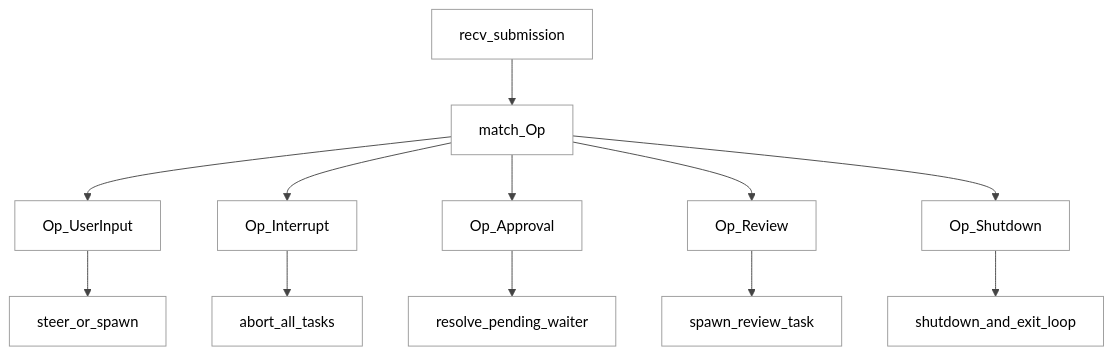
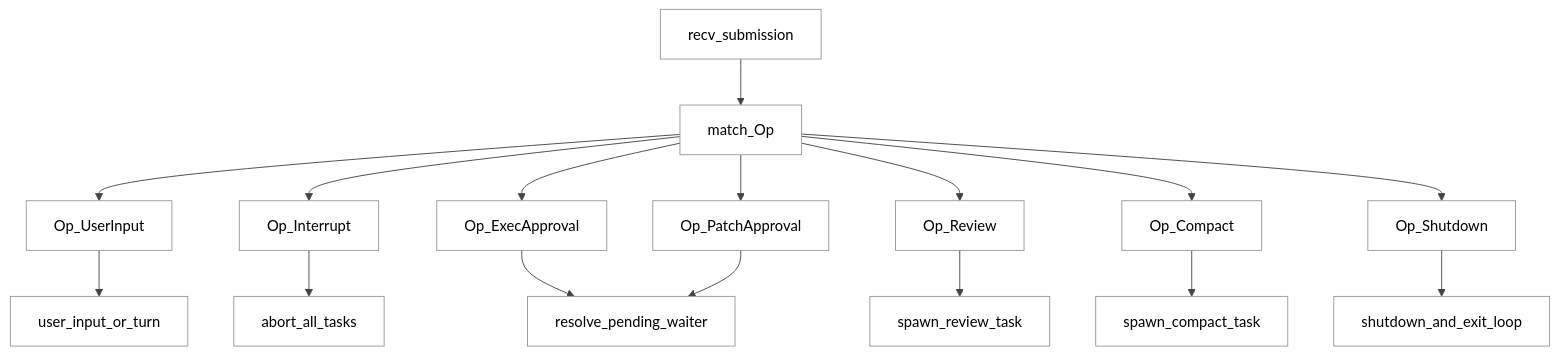
Before and after one commit to GLBB/codex-source-analysis: the second of 6 diagrams in Part I Principles and Usage/06-Agent核心循环.md, drawn with Mermaid. The commit also changed other lines of this file and 3 other files, not shown here.

````diff
--- a/Part I Principles and Usage/06-Agent核心循环.md
+++ b/Part I Principles and Usage/06-Agent核心循环.md
@@ -251,15 +291,19 @@
 ```mermaid
 %%{init: {"theme":"neutral","themeCSS":"svg { background: #ffffff !important; } .label, .nodeLabel, .edgeLabel, text { fill: #000000 !important; color: #000000 !important; }","themeVariables":{"background":"#ffffff","mainBkg":"#ffffff","primaryColor":"#f5f5f5","primaryTextColor":"#000000","primaryBorderColor":"#333333","secondaryColor":"#f6f8fa","tertiaryColor":"#ffffff","lineColor":"#444444","textColor":"#000000","clusterBkg":"#fafafa","clusterBorder":"#888888","edgeLabelBackground":"#ffffff","fontFamily":"Helvetica"}}}%%
 flowchart TD
     Recv["recv_submission"] --> Match["match_Op"]
     Match --> UserInput["Op_UserInput"]
     Match --> Interrupt["Op_Interrupt"]
-    Match --> Approval["Op_Approval"]
+    Match --> ExecAppr["Op_ExecApproval"]
+    Match --> PatchAppr["Op_PatchApproval"]
     Match --> Review["Op_Review"]
+    Match --> Compact["Op_Compact"]
     Match --> Shutdown["Op_Shutdown"]
-    UserInput --> Route["steer_or_spawn"]
+    UserInput --> Route["user_input_or_turn"]
     Interrupt --> Abort["abort_all_tasks"]
-    Approval --> ResumeWaiter["resolve_pending_waiter"]
+    ExecAppr --> ResumeWaiter["resolve_pending_waiter"]
+    PatchAppr --> ResumeWaiter
     Review --> ReviewTask["spawn_review_task"]
+    Compact --> CompactTask["spawn_compact_task"]
     Shutdown --> Exit["shutdown_and_exit_loop"]
 ```
````
